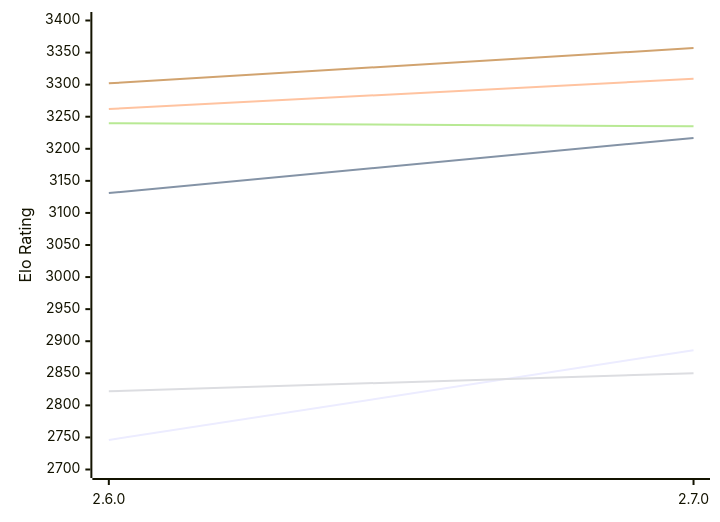
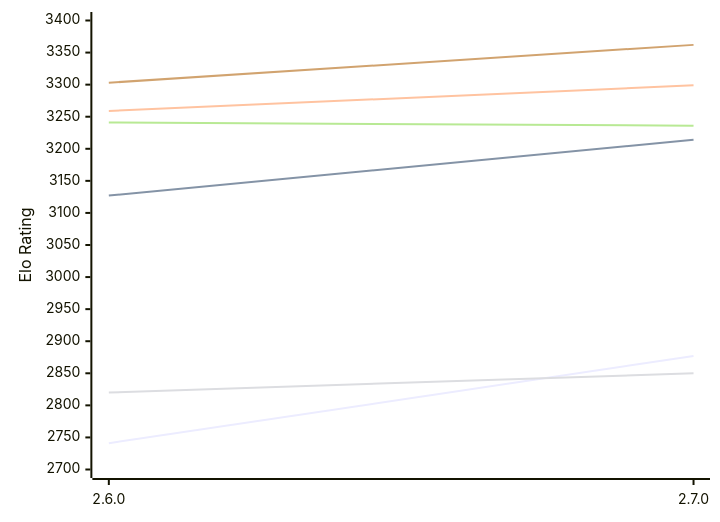
The first of 2 diagrams in engines/Sturddle2.md (computer-chess-index/cci), drawn with Mermaid before and after one commit. The commit also changed other lines of this file, not shown here.

Commit message:
Update CCI Ratings (ELO VLTC) - 2026-11-09

````diff
--- a/engines/Sturddle2.md
+++ b/engines/Sturddle2.md
@@ -51,12 +51,12 @@
 ```mermaid
 %%{init: {"theme":"base","themeVariables":{"seriesColors:['#a3a3a3','#222221','#faa371']}}}%%
 xychart-beta
   x-axis ["2.6.0", "2.7.0"]
   y-axis "Elo Rating" 2700 --> 3400
-  line "E1: STC (8.0+0.08s)" [2746, 2886]
-  line "E1: LTC (60.0+0.60s)" [3131, 3217]
-  line "E1: VLTC (2m24s+1.12s)" [3262, 3309]
-  line "P1: STC (8.0+0.08s)" [2822, 2850]
-  line "P1: LTC (60.0+0.60s)" [3240, 3235]
-  line "P1: VLTC (2m24s+1.12s)" [3302, 3357]
+  line "E1: STC (8.0+0.08s)" [2741, 2877]
+  line "E1: LTC (60.0+0.60s)" [3127, 3214]
+  line "E1: VLTC (2m24s+1.12s)" [3259, 3299]
+  line "P1: STC (8.0+0.08s)" [2820, 2850]
+  line "P1: LTC (60.0+0.60s)" [3241, 3236]
+  line "P1: VLTC (2m24s+1.12s)" [3303, 3362]
 ```
````
